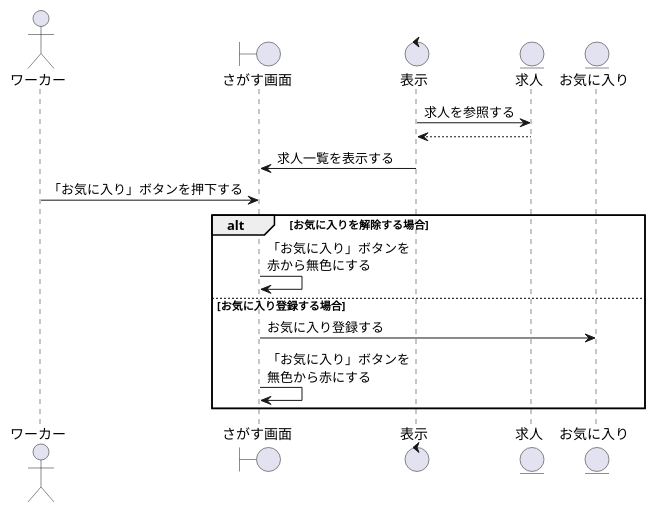
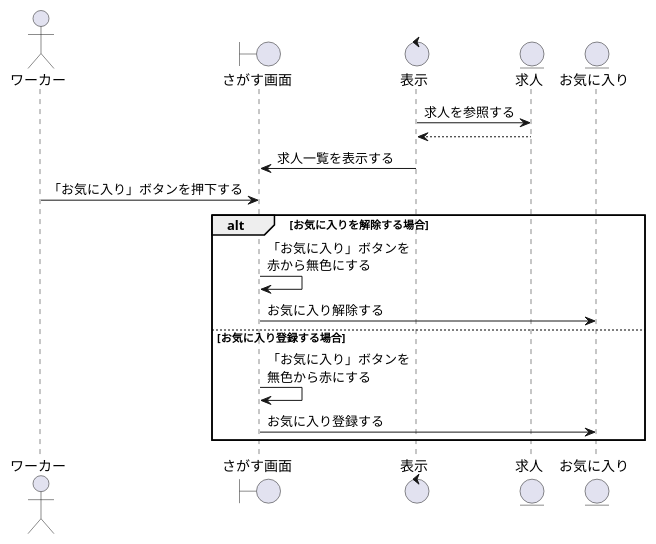
One commit to irukacb256/high_Me changed the diagram in sequence_fig/2_search_fn/03_求人のお気に入りを設定する.pu. Above: the diagram before and after it, drawn with PlantUML. The commit also changed 3 other files, not shown here.

```diff
--- a/sequence_fig/2_search_fn/03_求人のお気に入りを設定する.pu
+++ b/sequence_fig/2_search_fn/03_求人のお気に入りを設定する.pu
@@ -1,26 +1,27 @@
 @startuml 求人のお気に入り設定をする
 
 ' 1
 actor    ワーカー    as wo1
 boundary さがす画面  as sc1
 control  表示        as co1
 entity   求人        as jb1
 entity   お気に入り   as fa1
 
 co1 -> jb1 : 求人を参照する
 jb1 --> co1 
 
 co1 -> sc1 : 求人一覧を表示する
 
 wo1 -> sc1 : 「お気に入り」ボタンを押下する
 
 alt お気に入りを解除する場合 
     sc1 -> sc1 : 「お気に入り」ボタンを\n赤から無色にする
+    sc1 -> fa1 : お気に入り解除する
 
 else お気に入り登録する場合
+    sc1 -> sc1 : 「お気に入り」ボタンを\n無色から赤にする
     sc1 -> fa1 : お気に入り登録する
-    sc1 -> sc1 : 「お気に入り」ボタンを\n無色から赤にする
 
 end
 
 @enduml
```
